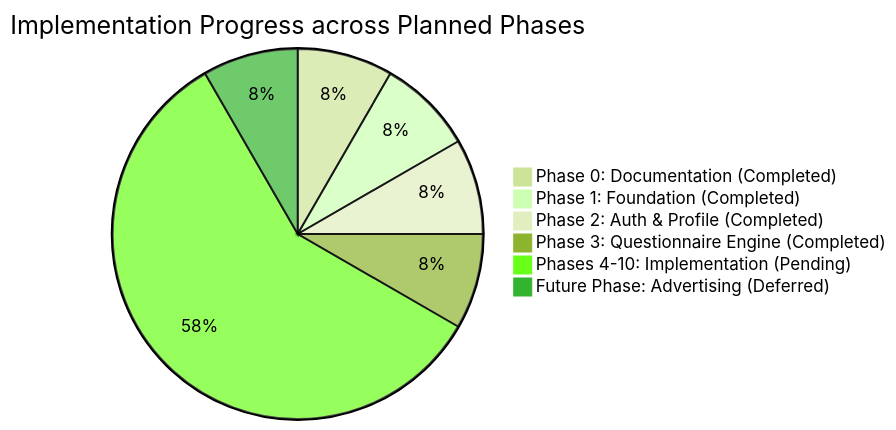
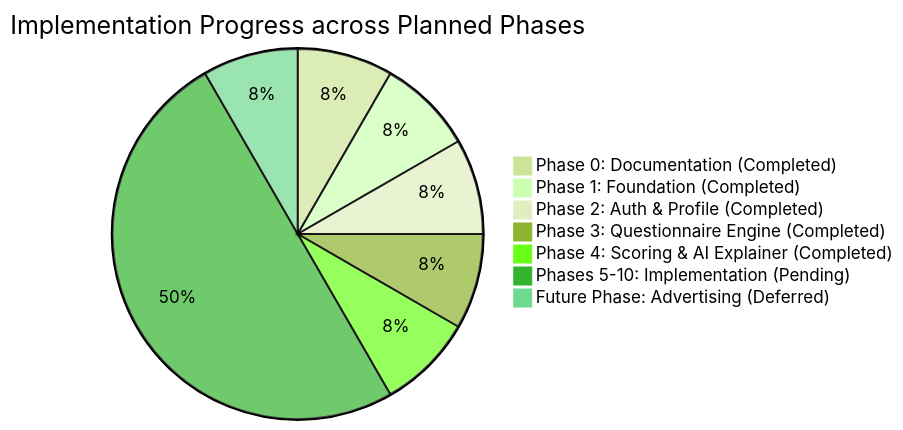
One commit to SatyamKumar-code/VitaTrack-App changed the diagram in docs/AI_PROGRESS.md. Above: the diagram before and after it, drawn with Mermaid (forest theme). The commit also changed other lines of this file and 27 other files, not shown here.

Commit message:
feat: implement deterministic risk scoring engine, AI explainer, and mobile assessment results screen

````diff
--- a/docs/AI_PROGRESS.md
+++ b/docs/AI_PROGRESS.md
@@ -24,9 +24,10 @@
 ```mermaid
 pie title Implementation Progress across Planned Phases
     "Phase 0: Documentation (Completed)" : 1
     "Phase 1: Foundation (Completed)" : 1
     "Phase 2: Auth & Profile (Completed)" : 1
     "Phase 3: Questionnaire Engine (Completed)" : 1
-    "Phases 4-10: Implementation (Pending)" : 7
+    "Phase 4: Scoring & AI Explainer (Completed)" : 1
+    "Phases 5-10: Implementation (Pending)" : 6
     "Future Phase: Advertising (Deferred)" : 1
 ```
````
